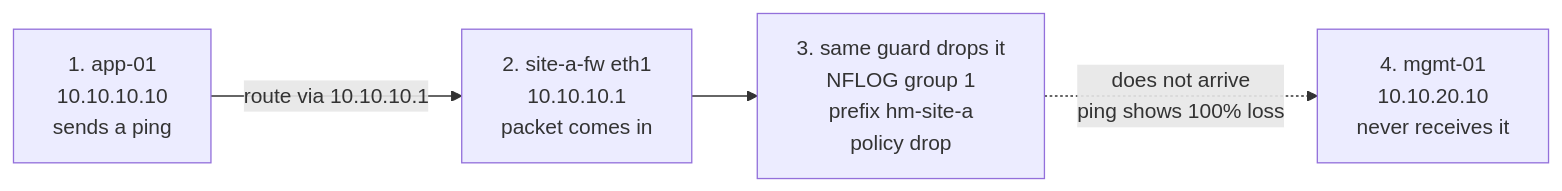
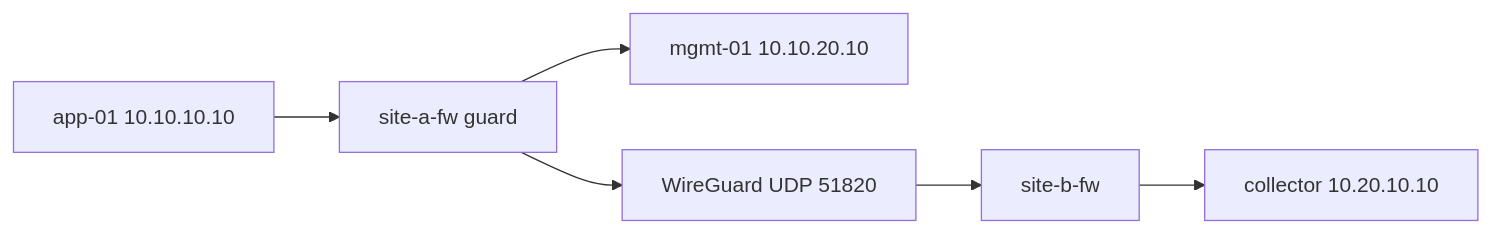
The first of 3 diagrams in docs/topology.md (Douglasdadog/hm-network-home-lab), drawn with Mermaid before and after one commit. The commit also changed other lines of this file, not shown here.

````diff
--- a/docs/topology.md
+++ b/docs/topology.md
@@ -40,10 +27,14 @@
 ```mermaid
 flowchart LR
-  app01["1. app-01<br/>10.10.10.10<br/>sends a ping"]
-  door["2. site-a-fw eth1<br/>10.10.10.1<br/>packet comes in"]
-  drop["3. same guard drops it<br/>NFLOG group 1<br/>prefix hm-site-a<br/>policy drop"]
-  mgmt["4. mgmt-01<br/>10.10.20.10<br/>never receives it"]
-
-  app01 -->|"route via 10.10.10.1"| door --> drop
-  drop -.->|"does not arrive<br/>ping shows 100% loss"| mgmt
+  app01[app-01 10.10.10.10]
+  fwA[site-a-fw guard]
+  mgmt01[mgmt-01 10.10.20.10]
+  tube[WireGuard UDP 51820]
+  fwB[site-b-fw]
+  col[collector 10.20.10.10]
+  app01 --> fwA
+  fwA --> mgmt01
+  fwA --> tube
+  tube --> fwB
+  fwB --> col
 ```
````
